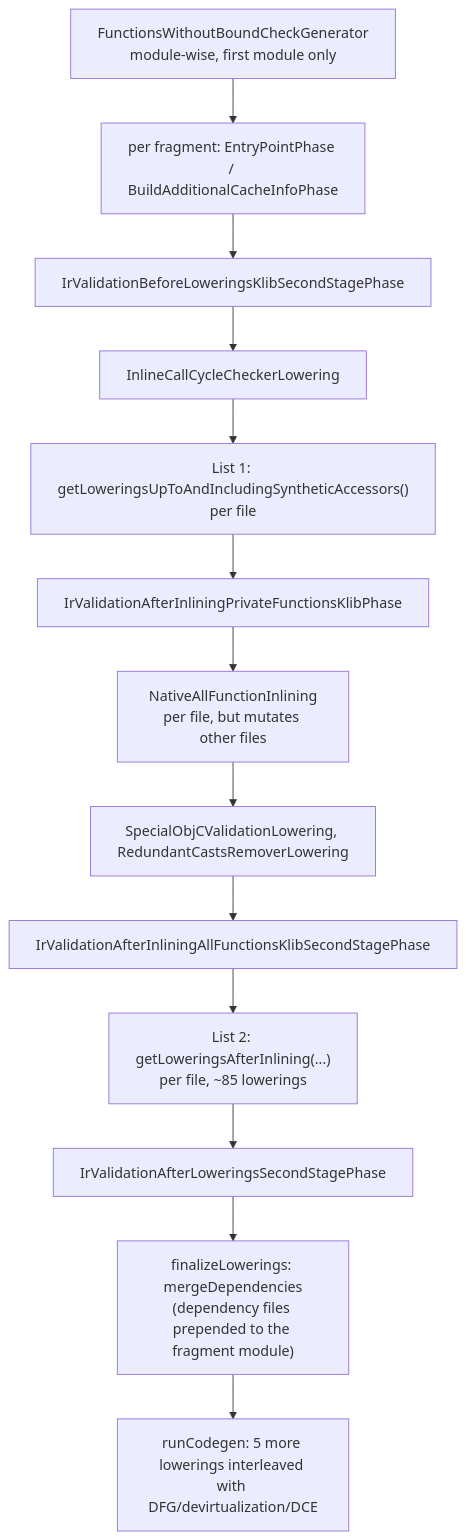
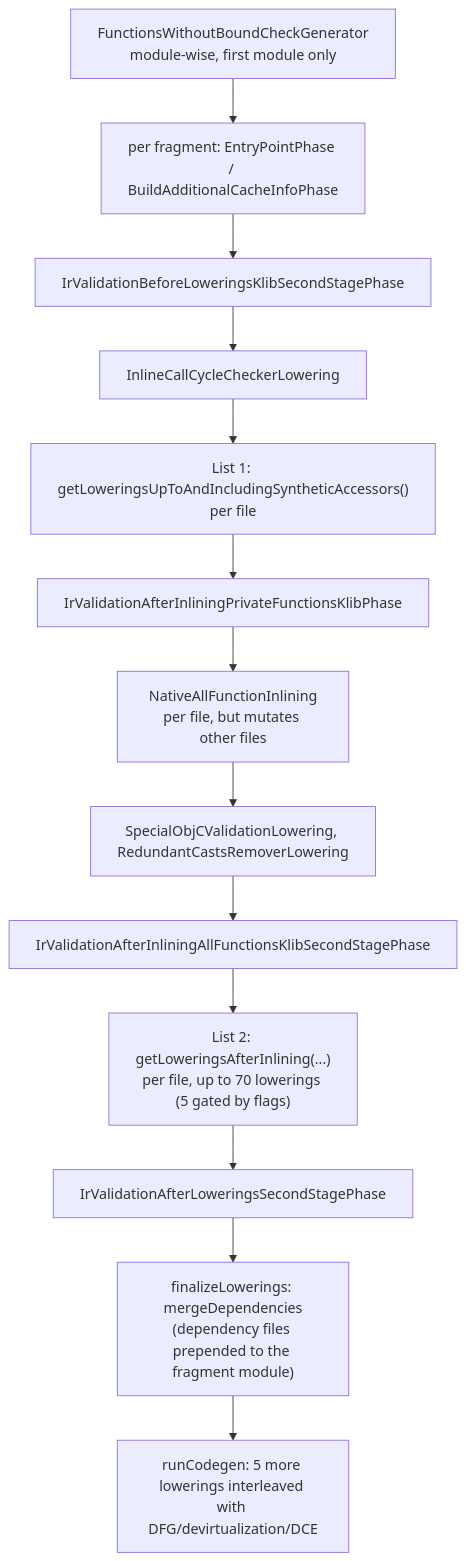
One commit to JetBrains/kotlin changed the first of 3 diagrams in docs/native/lowerings.md. Above: the diagram before and after it, drawn with Mermaid. The commit also changed other lines of this file and 57 other files, not shown here.

First line of the commit message:
[K/N] Add deep dives and diagrams to the Native knowledge base

````diff
--- a/docs/native/lowerings.md
+++ b/docs/native/lowerings.md
@@ -69,15 +69,15 @@
 ```mermaid
 flowchart TD
-    A[FunctionsWithoutBoundCheckGenerator<br/>module-wise, first module only] --> B[per fragment: EntryPointPhase / BuildAdditionalCacheInfoPhase]
-    B --> C[IrValidationBeforeLoweringsKlibSecondStagePhase]
-    C --> D[InlineCallCycleCheckerLowering]
+    A["FunctionsWithoutBoundCheckGenerator<br/>module-wise, first module only"] --> B["per fragment: EntryPointPhase / BuildAdditionalCacheInfoPhase"]
+    B --> C["IrValidationBeforeLoweringsKlibSecondStagePhase"]
+    C --> D["InlineCallCycleCheckerLowering"]
     D --> E["List 1: getLoweringsUpToAndIncludingSyntheticAccessors()<br/>per file"]
     E --> F[IrValidationAfterInliningPrivateFunctionsKlibPhase]
     F --> G["NativeAllFunctionInlining<br/>per file, but mutates other files"]
     G --> H[SpecialObjCValidationLowering, RedundantCastsRemoverLowering]
     H --> I[IrValidationAfterInliningAllFunctionsKlibSecondStagePhase]
-    I --> J["List 2: getLoweringsAfterInlining(...)<br/>per file, ~85 lowerings"]
+    I --> J["List 2: getLoweringsAfterInlining(...)<br/>per file, up to 70 lowerings (5 gated by flags)"]
     J --> K[IrValidationAfterLoweringsSecondStagePhase]
     K --> L["finalizeLowerings: mergeDependencies<br/>(dependency files prepended to the fragment module)"]
-    L --> M[runCodegen: 5 more lowerings interleaved with DFG/devirtualization/DCE]
+    L --> M["runCodegen: 5 more lowerings interleaved with DFG/devirtualization/DCE"]
 ```
````
